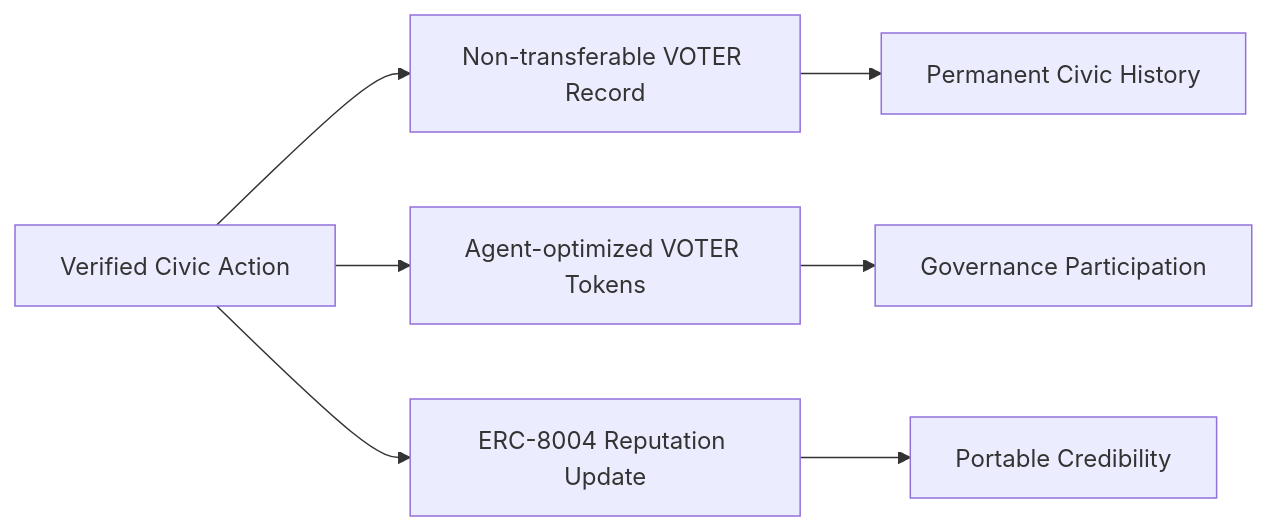
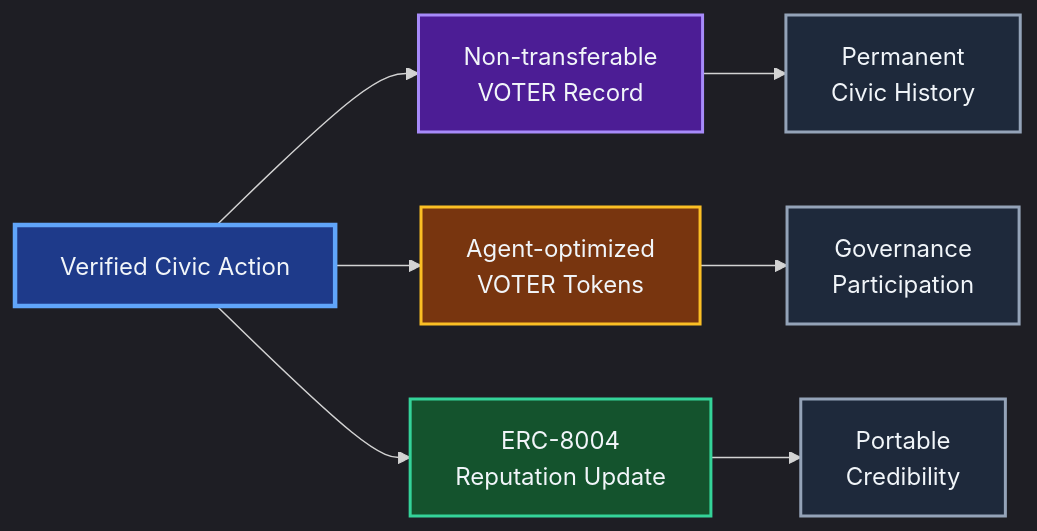
One commit to communisaas/voter-protocol changed the diagram in docs/architecture/TOKENOMICS_MODEL.md. Above: the diagram before and after it, drawn with Mermaid. The commit also changed other lines of this file and 7 other files, not shown here.

````diff
--- a/docs/architecture/TOKENOMICS_MODEL.md
+++ b/docs/architecture/TOKENOMICS_MODEL.md
@@ -27,10 +27,19 @@
 ```mermaid
+%%{init: {'theme':'dark', 'themeVariables': { 'primaryColor':'#1e293b', 'primaryBorderColor':'#64748b', 'primaryTextColor':'#f1f5f9', 'background':'#0f172a', 'mainBkg':'#1e293b', 'secondaryBkg':'#334155'}}}%%
 flowchart LR
-    A[Verified Civic Action] --> B[Non-transferable VOTER Record]
-    A --> C[Agent-optimized VOTER Tokens] 
-    A --> D[ERC-8004 Reputation Update]
+    A[Verified Civic Action] --> B[Non-transferable<br/>VOTER Record]
+    A --> C[Agent-optimized<br/>VOTER Tokens] 
+    A --> D[ERC-8004<br/>Reputation Update]
     
-    B --> E[Permanent Civic History]
-    C --> F[Governance Participation]
-    D --> G[Portable Credibility]
+    B --> E[Permanent<br/>Civic History]
+    C --> F[Governance<br/>Participation]
+    D --> G[Portable<br/>Credibility]
+    
+    style A fill:#1e3a8a,stroke:#60a5fa,stroke-width:3px,color:#f1f5f9
+    style B fill:#4c1d95,stroke:#a78bfa,stroke-width:2px,color:#f1f5f9
+    style C fill:#78350f,stroke:#fbbf24,stroke-width:2px,color:#f1f5f9
+    style D fill:#14532d,stroke:#34d399,stroke-width:2px,color:#f1f5f9
+    style E fill:#1e293b,stroke:#94a3b8,stroke-width:2px,color:#f1f5f9
+    style F fill:#1e293b,stroke:#94a3b8,stroke-width:2px,color:#f1f5f9
+    style G fill:#1e293b,stroke:#94a3b8,stroke-width:2px,color:#f1f5f9
 ```
````
